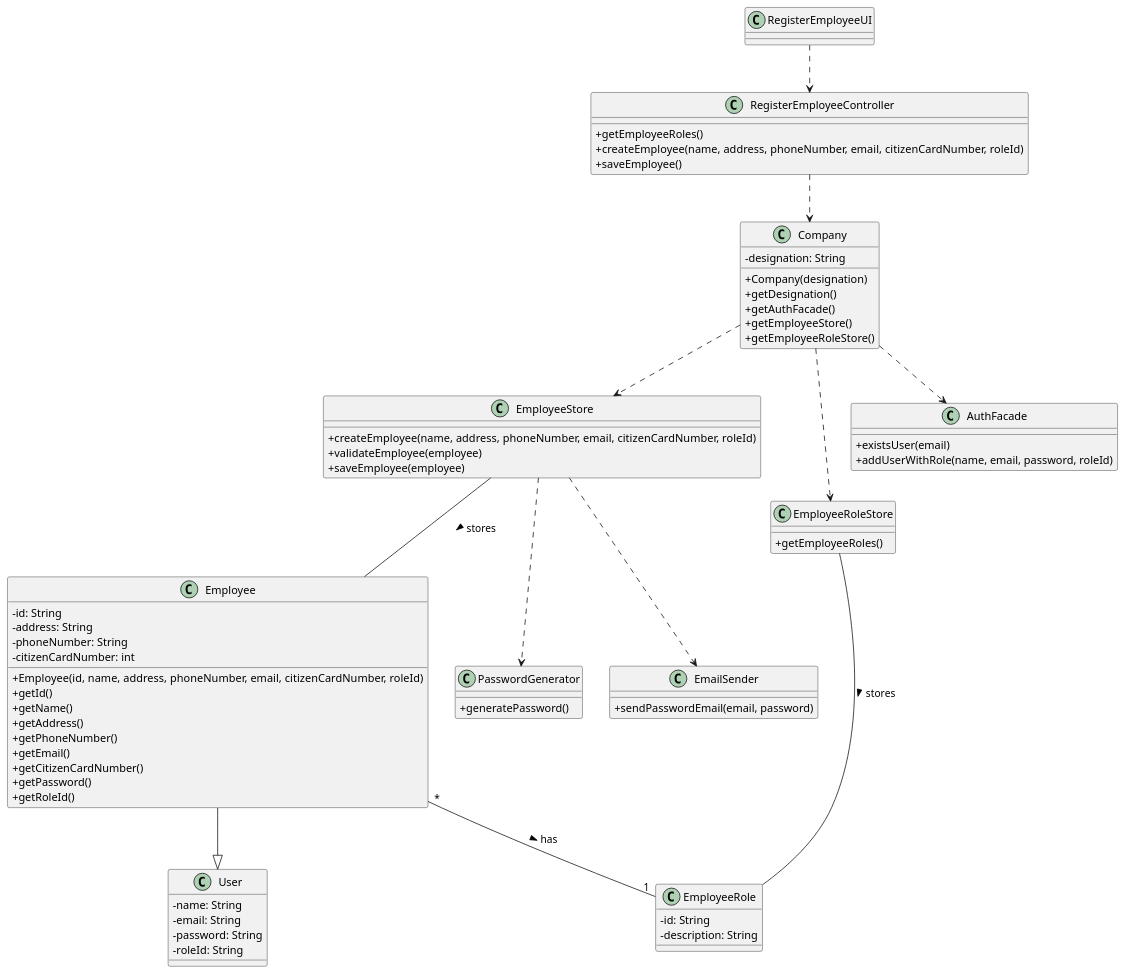
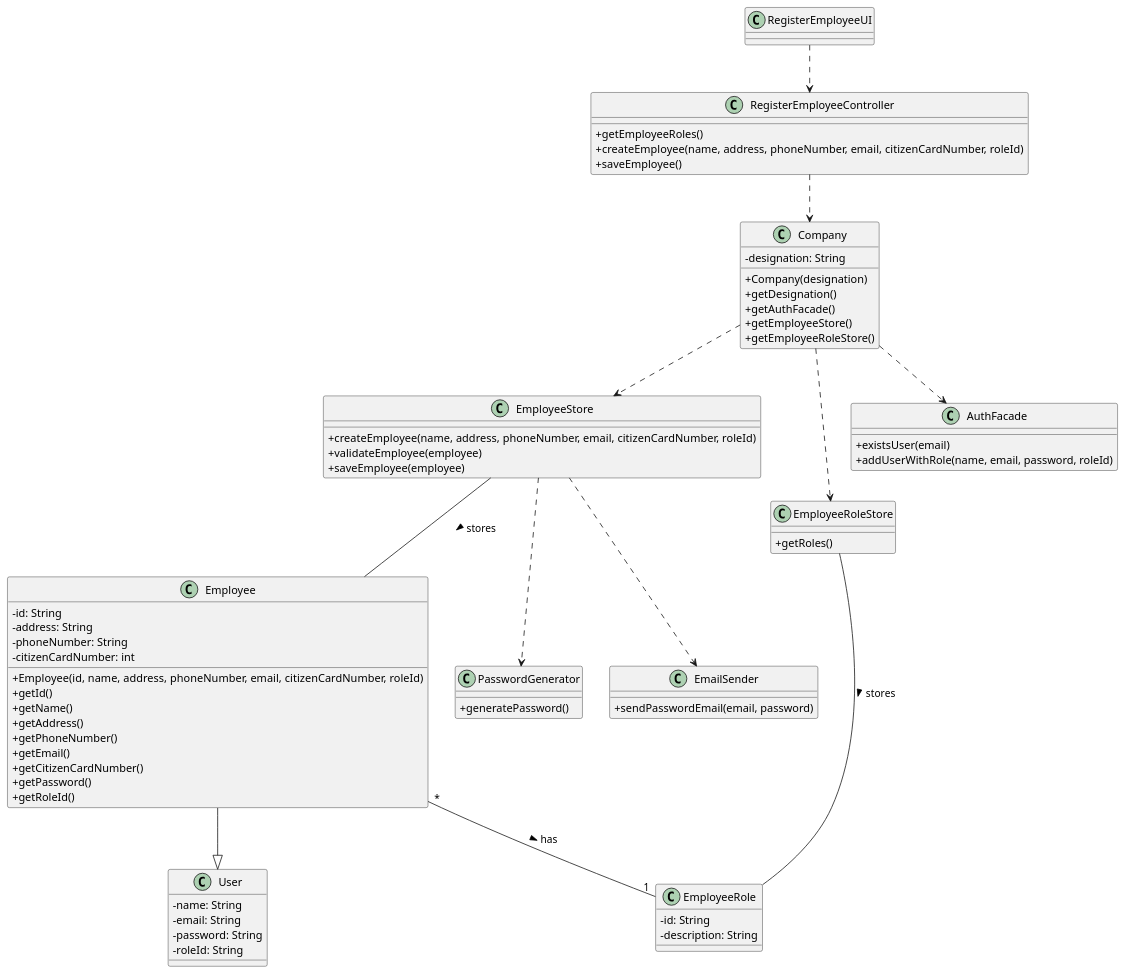
One commit to miseEnPlace-i/lapr2 changed the diagram in docs/SprintB/US10/CD/US10_CD.puml. Above: the diagram before and after it, drawn with PlantUML. The commit also changed 1 other file, not shown here.

```diff
--- a/docs/SprintB/US10/CD/US10_CD.puml
+++ b/docs/SprintB/US10/CD/US10_CD.puml
@@ -1,94 +1,94 @@
 @startuml US10_CD
 skinparam classAttributeIconSize 0
 
 class RegisterEmployeeUI {
 }
 
 class RegisterEmployeeController {
   +getEmployeeRoles()
   +createEmployee(name, address, phoneNumber, email, citizenCardNumber, roleId)
   +saveEmployee()
 }
 
 class Company {
   -designation: String
   +Company(designation)
   +getDesignation()
   +getAuthFacade()
   +getEmployeeStore()
   +getEmployeeRoleStore()
 }
 
 class EmployeeStore {
   +createEmployee(name, address, phoneNumber, email, citizenCardNumber, roleId)
   +validateEmployee(employee)
   +saveEmployee(employee)
 }
 
 class Employee {
   -id: String
   -address: String
   -phoneNumber: String
   -citizenCardNumber: int
   +Employee(id, name, address, phoneNumber, email, citizenCardNumber, roleId)
   +getId()
   +getName()
   +getAddress()
   +getPhoneNumber()
   +getEmail()
   +getCitizenCardNumber()
   +getPassword()
   +getRoleId()
 }
 
 class EmployeeRoleStore {
-  +getEmployeeRoles()
+  +getRoles()
 }
 
 class AuthFacade {
   +existsUser(email)
   +addUserWithRole(name, email, password, roleId)
 }
 
 class PasswordGenerator {
   +generatePassword()
 }
 
 class EmailSender {
   +sendPasswordEmail(email, password)
 }
 
 class User {
   -name: String
   -email: String
   -password: String
   -roleId: String
 }
 
 class EmployeeRole {
   -id: String
   -description: String
 }
 
 RegisterEmployeeUI ..> RegisterEmployeeController
 
 ' RegisterEmployeeController ..> EmployeeStore
 RegisterEmployeeController ..> Company
 ' RegisterEmployeeController ..> AuthFacade
 ' RegisterEmployeeController ..> EmployeeRoleStore
 
 ' EmployeeStore ..> AuthFacade
 EmployeeStore ..> PasswordGenerator
 EmployeeStore ..> EmailSender
 EmployeeStore -- Employee : stores >
 
 Company ..> AuthFacade
 Company ..> EmployeeStore
 Company ..> EmployeeRoleStore
 
 Employee --|> User
 Employee "*" -- "1" EmployeeRole : has >
 
 EmployeeRoleStore -- EmployeeRole : stores >
 
 @enduml
```
